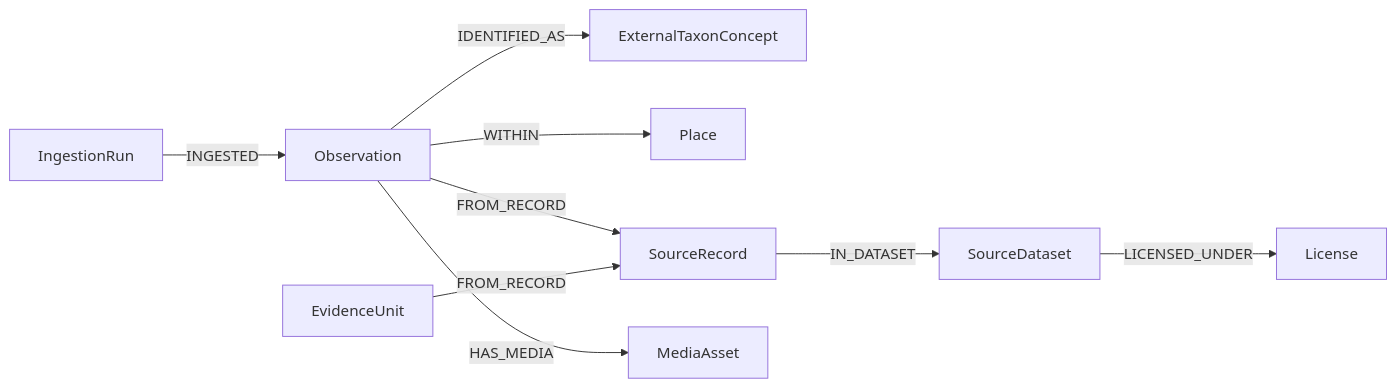
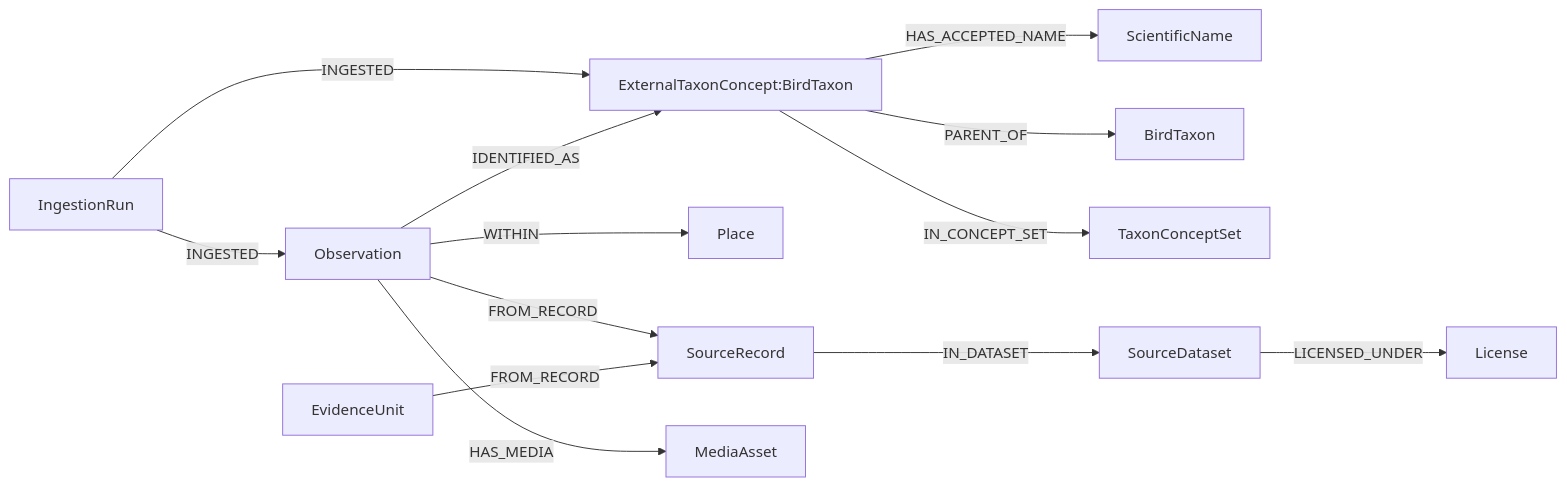
One commit to EvoDmiK/RobinGraph changed the second of 2 diagrams in docs/n8n/final-operational-ingest.md. Above: the diagram before and after it, drawn with Mermaid. The commit also changed other lines of this file and 6 other files, not shown here.

````diff
--- a/docs/n8n/final-operational-ingest.md
+++ b/docs/n8n/final-operational-ingest.md
@@ -66,11 +66,15 @@
 ```mermaid
 graph LR
   RUN[IngestionRun] -->|INGESTED| O[Observation]
-  O -->|IDENTIFIED_AS| XT[ExternalTaxonConcept]
+  RUN -->|INGESTED| XT[ExternalTaxonConcept:BirdTaxon]
+  O -->|IDENTIFIED_AS| XT
+  XT -->|HAS_ACCEPTED_NAME| SN[ScientificName]
+  XT -->|PARENT_OF| XT2[BirdTaxon]
+  XT -->|IN_CONCEPT_SET| CS[TaxonConceptSet]
   O -->|WITHIN| P[Place]
   O -->|FROM_RECORD| SR[SourceRecord]
   SR -->|IN_DATASET| SD[SourceDataset]
   SD -->|LICENSED_UNDER| L[License]
   O -->|HAS_MEDIA| MA[MediaAsset]
   E[EvidenceUnit] -->|FROM_RECORD| SR
 ```
````
